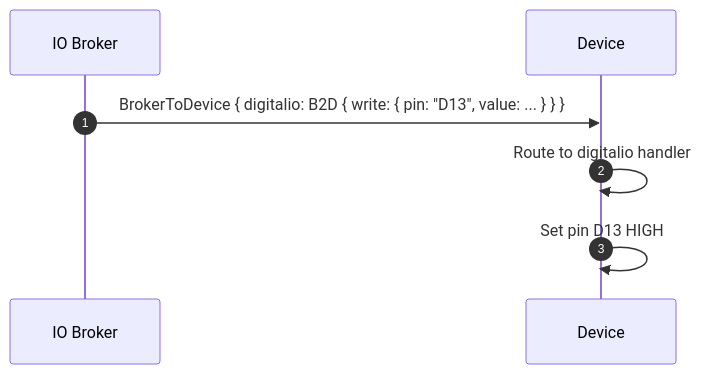
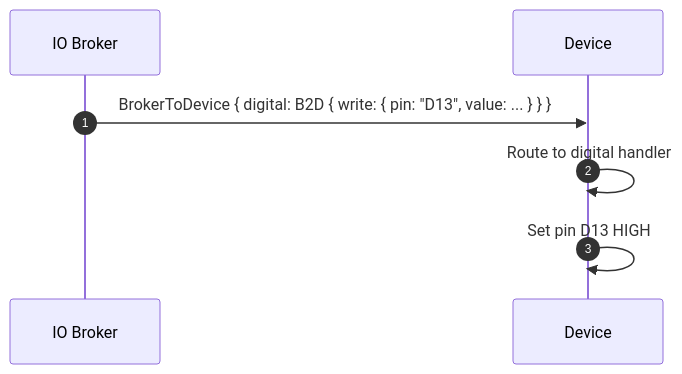
The second of 2 diagrams in proto/wippersnapper/docs/signal.md (adafruit/Wippersnapper_Protobuf), drawn with Mermaid before and after one commit. The commit also changed other lines of this file and 14 other files, not shown here.

Commit message:
rename analogin -> analog, digitalio -> digital

````diff
--- a/proto/wippersnapper/docs/signal.md
+++ b/proto/wippersnapper/docs/signal.md
@@ -101,8 +101,8 @@
 ```mermaid
 sequenceDiagram
 autonumber
 
-IO Broker->>Device: BrokerToDevice { digitalio: B2D { write: { pin: "D13", value: ... } } }
-Device->>Device: Route to digitalio handler
+IO Broker->>Device: BrokerToDevice { digital: B2D { write: { pin: "D13", value: ... } } }
+Device->>Device: Route to digital handler
 Device->>Device: Set pin D13 HIGH
 ```
````
